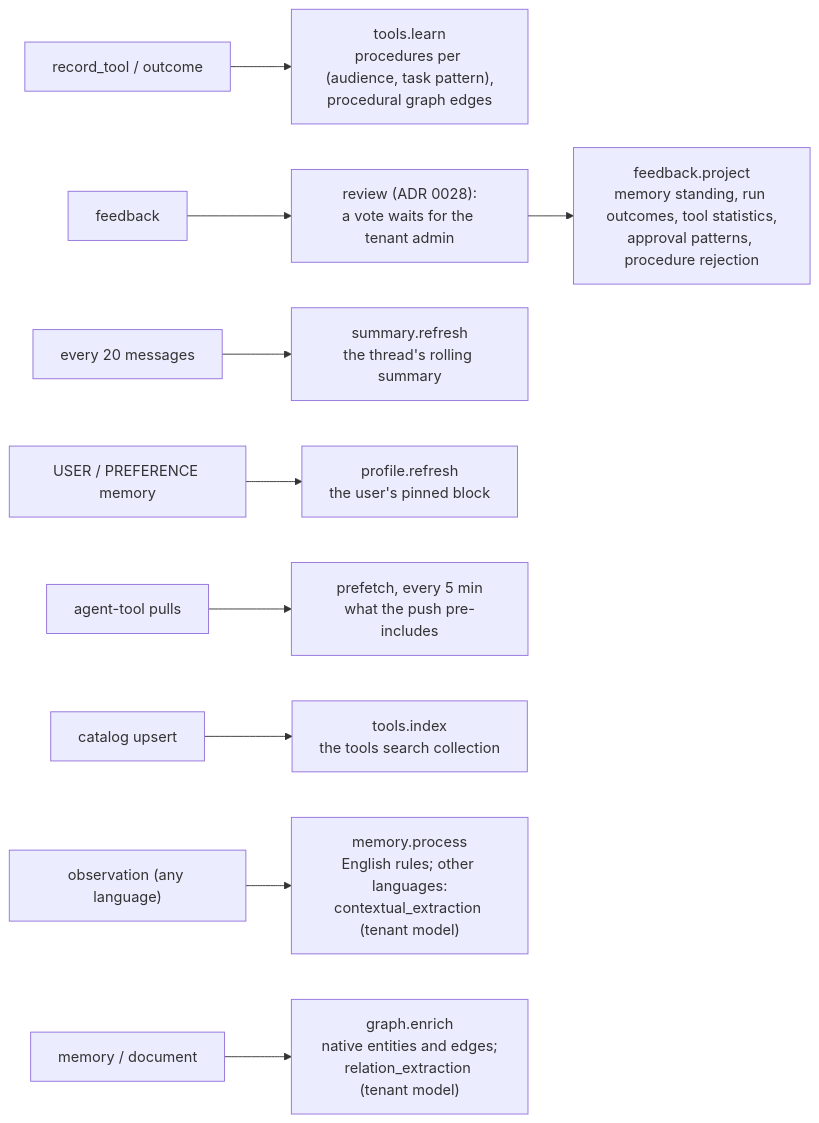
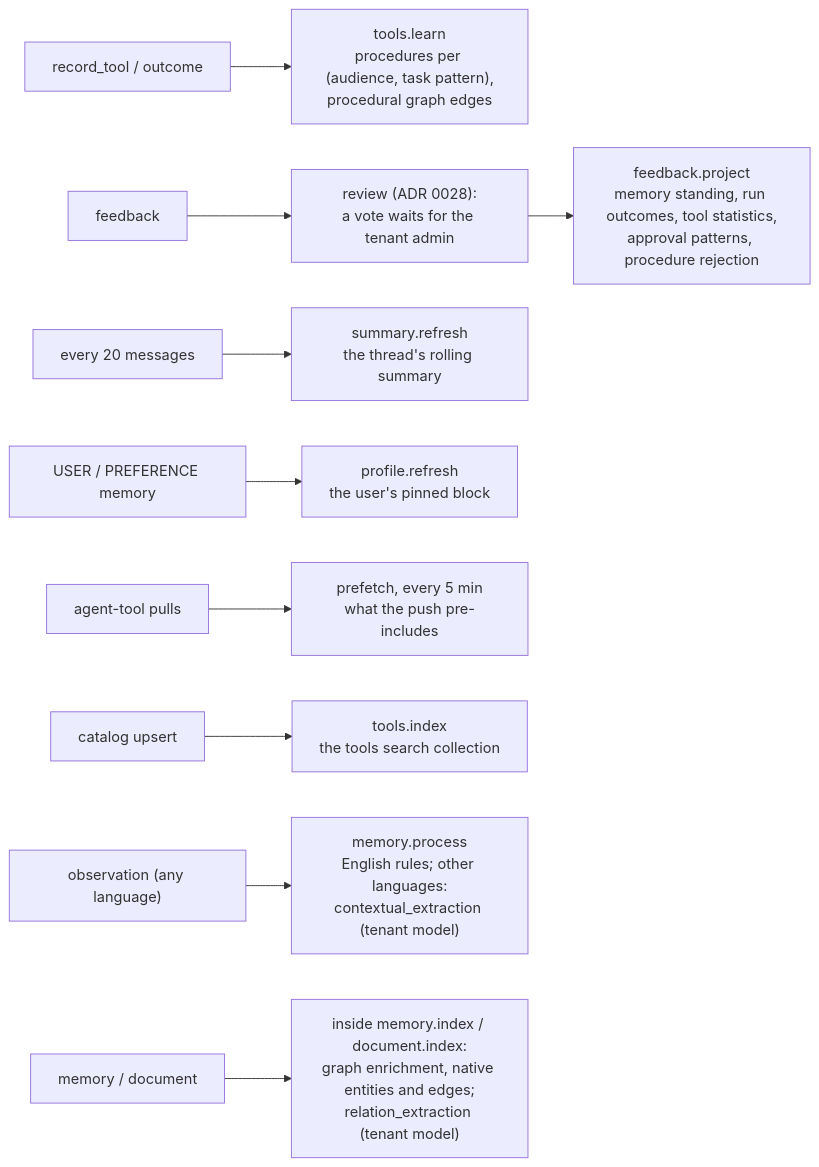
The eighth of 8 diagrams in docs/ARCHITECTURE.md (amitmohapatra/agent-memory-service), drawn with Mermaid before and after one commit. The commit also changed 5 other files, not shown here.

First line of the commit message:
Docs follow the code: models table, admission gate, graph enrichment, ADR amendments

````diff
--- a/docs/ARCHITECTURE.md
+++ b/docs/ARCHITECTURE.md
@@ -190,11 +190,11 @@
 ```mermaid
 flowchart LR
   rt["record_tool / outcome"] --> tl["tools.learn<br/>procedures per (audience, task pattern),<br/>procedural graph edges"]
   fb[feedback] --> rv["review (ADR 0028):<br/>a vote waits for the tenant admin"] --> fp["feedback.project<br/>memory standing, run outcomes, tool statistics,<br/>approval patterns, procedure rejection"]
   msg["every 20 messages"] --> sr["summary.refresh<br/>the thread's rolling summary"]
   up["USER / PREFERENCE memory"] --> pr["profile.refresh<br/>the user's pinned block"]
   pulls["agent-tool pulls"] --> pf["prefetch, every 5 min<br/>what the push pre-includes"]
   cat["catalog upsert"] --> ti["tools.index<br/>the tools search collection"]
   obs["observation (any language)"] --> mp["memory.process<br/>English rules; other languages:<br/>contextual_extraction (tenant model)"]
-  md["memory / document"] --> ge["graph.enrich<br/>native entities and edges;<br/>relation_extraction (tenant model)"]
+  md["memory / document"] --> ge["inside memory.index / document.index:<br/>graph enrichment, native entities and edges;<br/>relation_extraction (tenant model)"]
 ```
````
